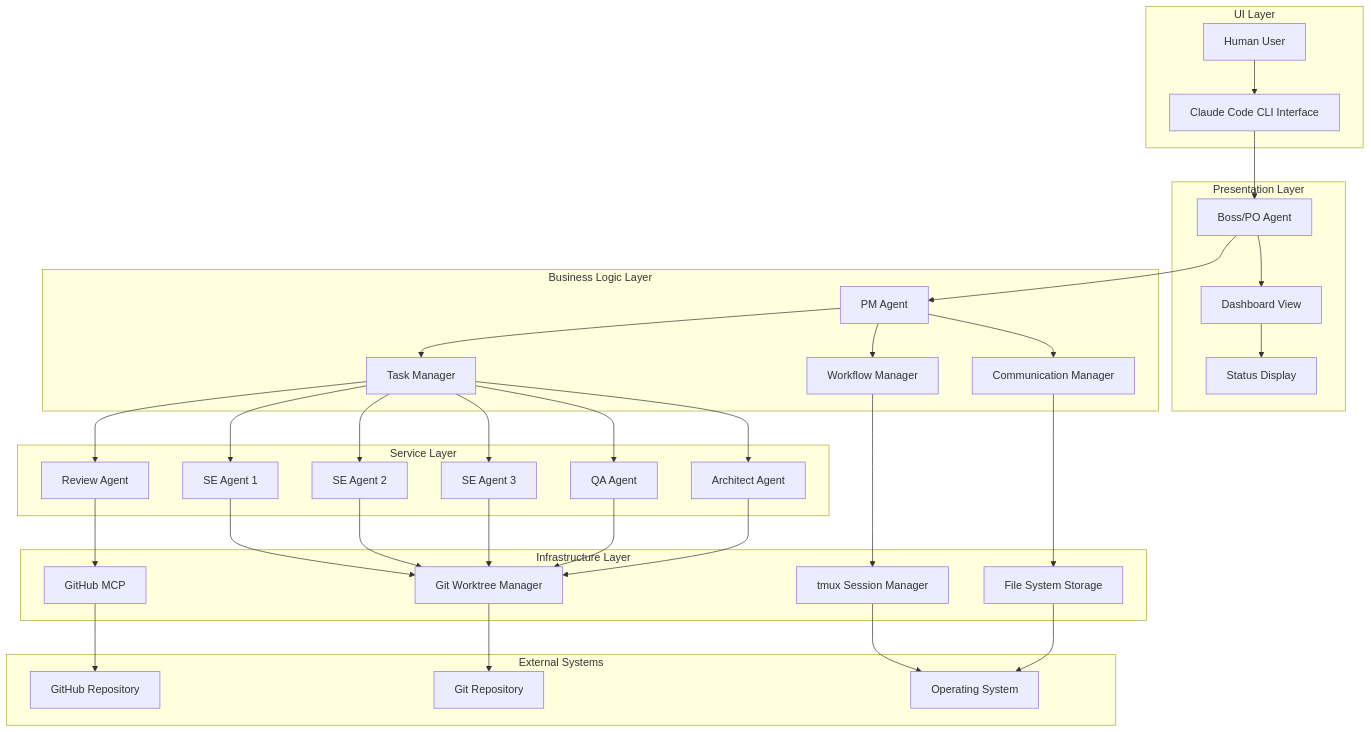
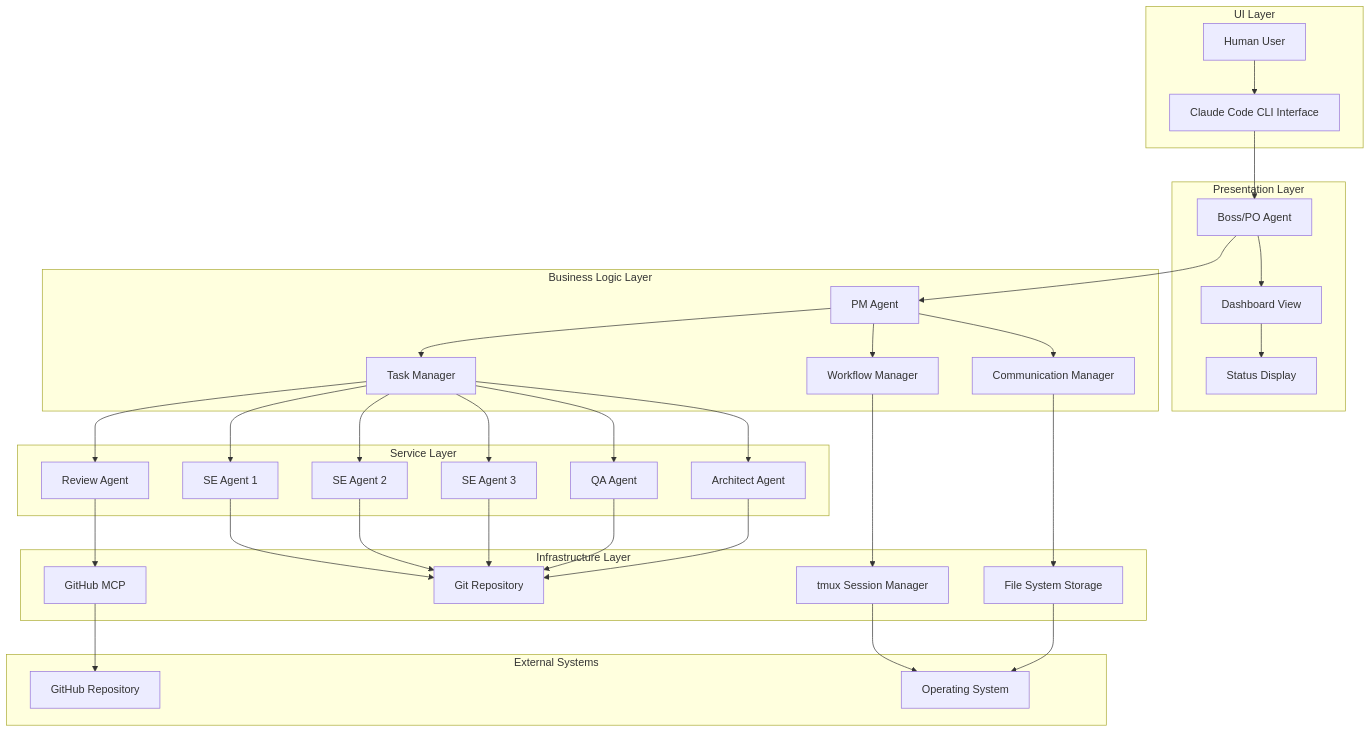
One commit to norinoriver/ai-multi-agent changed the first of 14 diagrams in docs/development-flow/design/architecture_dataflow_diagrams.md. Above: the diagram before and after it, drawn with Mermaid. The commit also changed other lines of this file and 2 other files, not shown here.

Commit message:
refactor: Git Worktree Manager概念を削除してgitコマンド直接実行に変更
- Software Design Document: Git Worktree Manager → Git Repositoryに変更
- Architecture/Data Flow Diagrams: エージェントが直接git worktreeコマンド実行
- Interface Specification: 中間レイヤー削除、エージェント直接操作に修正

Git標準機能を直接使用することで、不要な抽象化を排除し
システム構成をシンプル化

🤖 Generated with [Claude Code](https://claude.ai/code)

````diff
--- a/docs/development-flow/design/architecture_dataflow_diagrams.md
+++ b/docs/development-flow/design/architecture_dataflow_diagrams.md
@@ -12,69 +12,68 @@
 ```mermaid
 graph TB
     subgraph "UI Layer"
         H[Human User]
         CLI[Claude Code CLI Interface]
     end
     
     subgraph "Presentation Layer"
         B[Boss/PO Agent]
         D[Dashboard View]
         S[Status Display]
     end
     
     subgraph "Business Logic Layer"
         P[PM Agent]
         TM[Task Manager]
         CM[Communication Manager]
         WM[Workflow Manager]
     end
     
     subgraph "Service Layer"
         SE1[SE Agent 1]
         SE2[SE Agent 2] 
         SE3[SE Agent 3]
         QA[QA Agent]
         R[Review Agent]
         A[Architect Agent]
     end
     
     subgraph "Infrastructure Layer"
         TS[tmux Session Manager]
-        GW[Git Worktree Manager]
+        GIT[Git Repository]
         GM[GitHub MCP]
         FS[File System Storage]
     end
     
     subgraph "External Systems"
         GH[GitHub Repository]
         GIT[Git Repository]
         OS[Operating System]
     end
     
     H --> CLI
     CLI --> B
     B --> D
     B --> P
     D --> S
     P --> TM
     P --> CM
     P --> WM
     TM --> SE1
     TM --> SE2
     TM --> SE3
     TM --> QA
     TM --> R
     TM --> A
     CM --> FS
     WM --> TS
-    SE1 --> GW
-    SE2 --> GW
-    SE3 --> GW
-    QA --> GW
+    SE1 --> GIT
+    SE2 --> GIT
+    SE3 --> GIT
+    QA --> GIT
     R --> GM
-    A --> GW
+    A --> GIT
     TS --> OS
-    GW --> GIT
     GM --> GH
     FS --> OS
 ```
````
